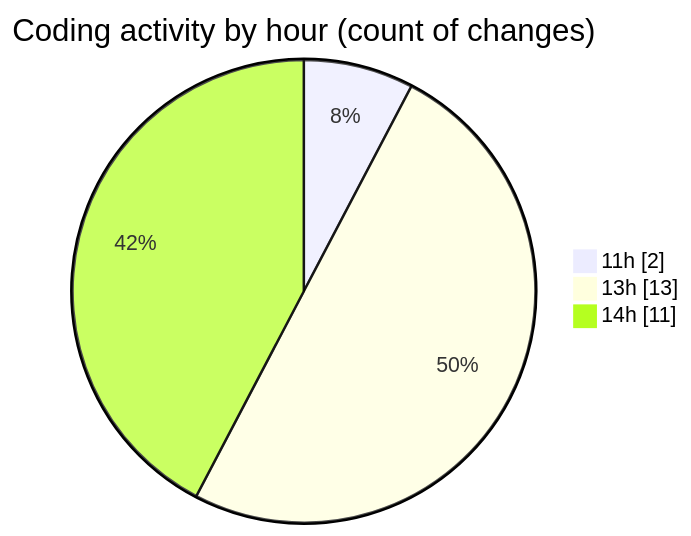
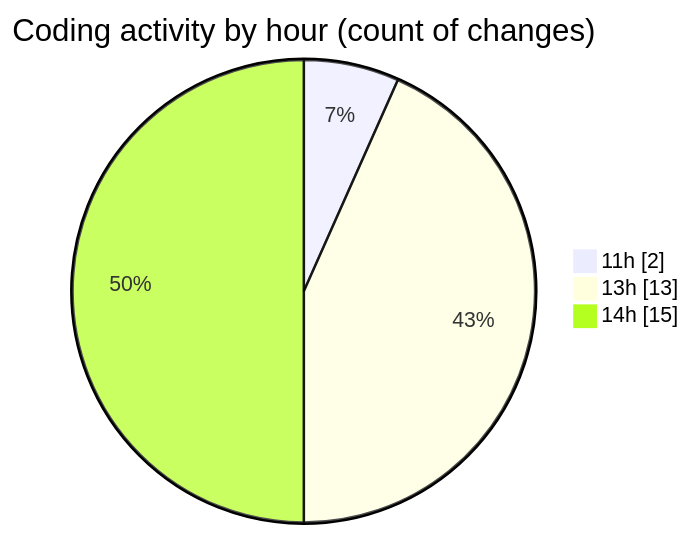
The second of 2 diagrams in 2026-03-22/nxtqube_webapp/README.md (nxtqubesakshisongat/code-tracking), drawn with Mermaid before and after one commit. The commit also changed other lines of this file and 1 other file, not shown here.

````diff
--- a/2026-03-22/nxtqube_webapp/README.md
+++ b/2026-03-22/nxtqube_webapp/README.md
@@ -30,7 +30,7 @@
 ```mermaid
 pie showData
 title Coding activity by hour (count of changes)
 "11h" : 2
 "13h" : 13
-"14h" : 11
+"14h" : 15
 ```
````
